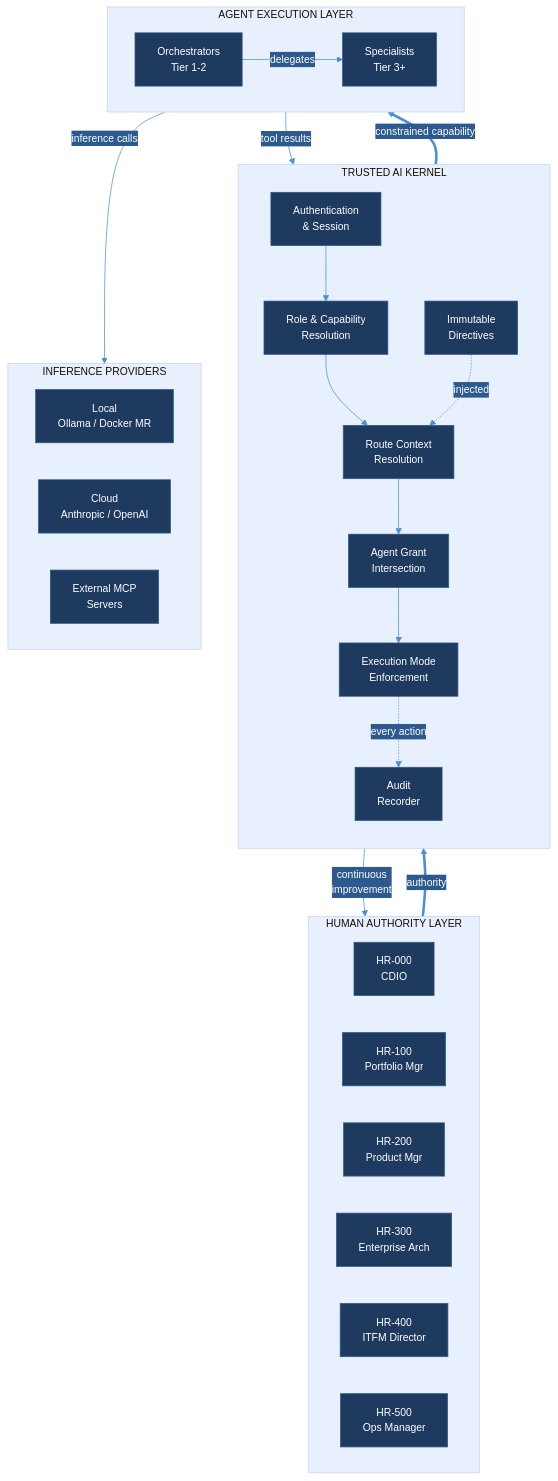
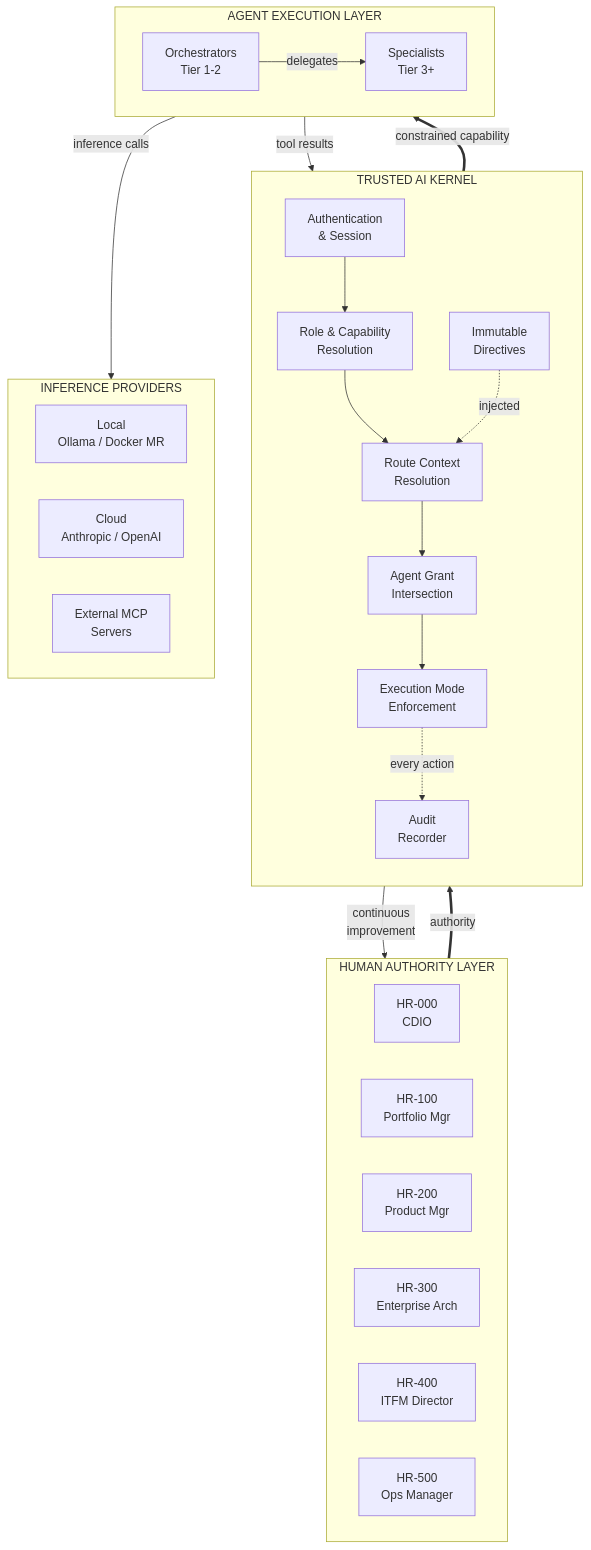
Before and after one commit to OpenDigitalProductFactory/opendigitalproductfactory: the diagram in docs/architecture/tak-diagrams/01-tak-overview.mmd, drawn with Mermaid. The commit also changed 16 other files, not shown here.

First line of the commit message:
fix(diagrams): move mermaid theme to config file for VS Code preview compatibility

```diff
--- a/docs/architecture/tak-diagrams/01-tak-overview.mmd
+++ b/docs/architecture/tak-diagrams/01-tak-overview.mmd
@@ -1,46 +1,45 @@
-%%{init: {'theme': 'base', 'themeVariables': { 'primaryColor': '#1e3a5f', 'primaryTextColor': '#ffffff', 'primaryBorderColor': '#2d5a8e', 'lineColor': '#4a90d9', 'secondaryColor': '#2d5a8e', 'tertiaryColor': '#e8f0fe', 'noteBkgColor': '#fff3cd', 'noteTextColor': '#333333', 'fontFamily': 'Segoe UI, Arial', 'fontSize': '14px'}}}%%
 flowchart TB
     subgraph HUMANS["HUMAN AUTHORITY LAYER"]
         direction LR
         HR000["HR-000\nCDIO"]
         HR100["HR-100\nPortfolio Mgr"]
         HR200["HR-200\nProduct Mgr"]
         HR300["HR-300\nEnterprise Arch"]
         HR400["HR-400\nITFM Director"]
         HR500["HR-500\nOps Manager"]
     end
 
     subgraph TAK["TRUSTED AI KERNEL"]
         direction TB
         AUTH["Authentication\n& Session"]
         ROLE["Role & Capability\nResolution"]
         ROUTE["Route Context\nResolution"]
         GRANTS["Agent Grant\nIntersection"]
         EXEC["Execution Mode\nEnforcement"]
         DIRECTIVES["Immutable\nDirectives"]
         AUDIT["Audit\nRecorder"]
 
         AUTH --> ROLE --> ROUTE --> GRANTS --> EXEC
         DIRECTIVES -.->|injected| ROUTE
         EXEC -.->|every action| AUDIT
     end
 
     subgraph AGENTS["AGENT EXECUTION LAYER"]
         direction LR
         ORCH["Orchestrators\nTier 1-2"]
         SPEC["Specialists\nTier 3+"]
         ORCH -->|delegates| SPEC
     end
 
     subgraph PROVIDERS["INFERENCE PROVIDERS"]
         direction LR
         LOCAL["Local\nOllama / Docker MR"]
         CLOUD["Cloud\nAnthropic / OpenAI"]
         MCP["External MCP\nServers"]
     end
 
     HUMANS ==>|authority| TAK
     TAK ==>|constrained capability| AGENTS
     AGENTS -->|inference calls| PROVIDERS
     AGENTS -->|tool results| TAK
     AUDIT -->|"continuous\nimprovement"| HUMANS
```
